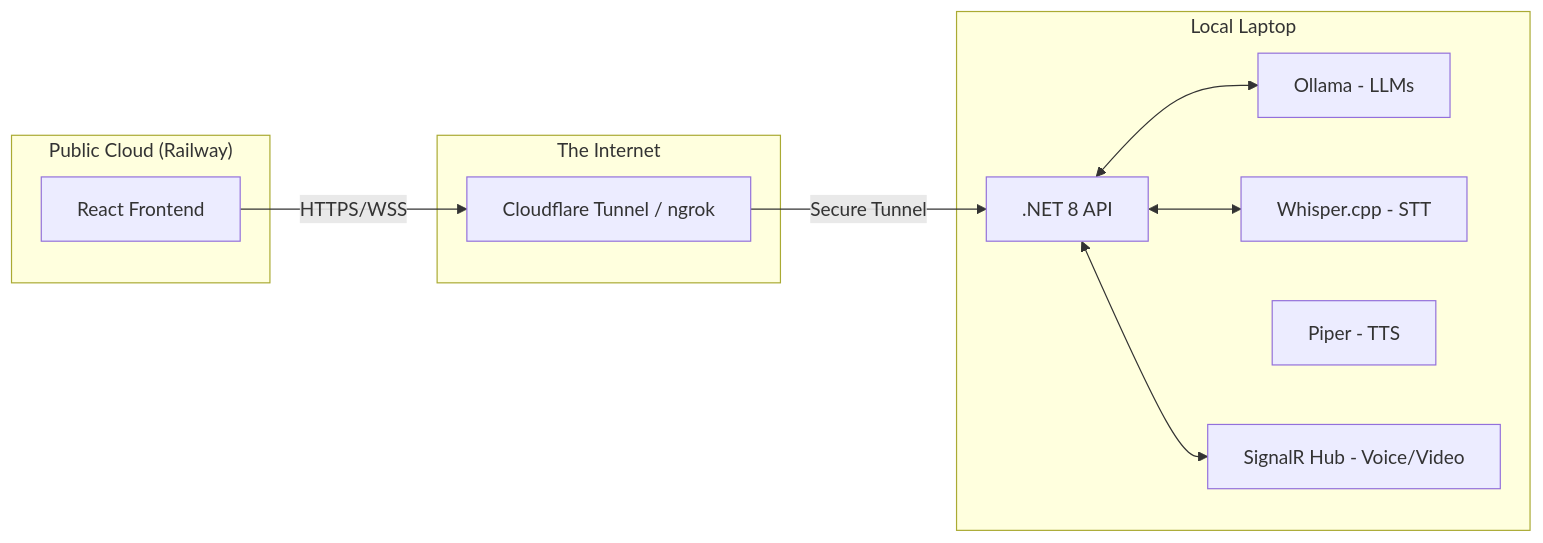
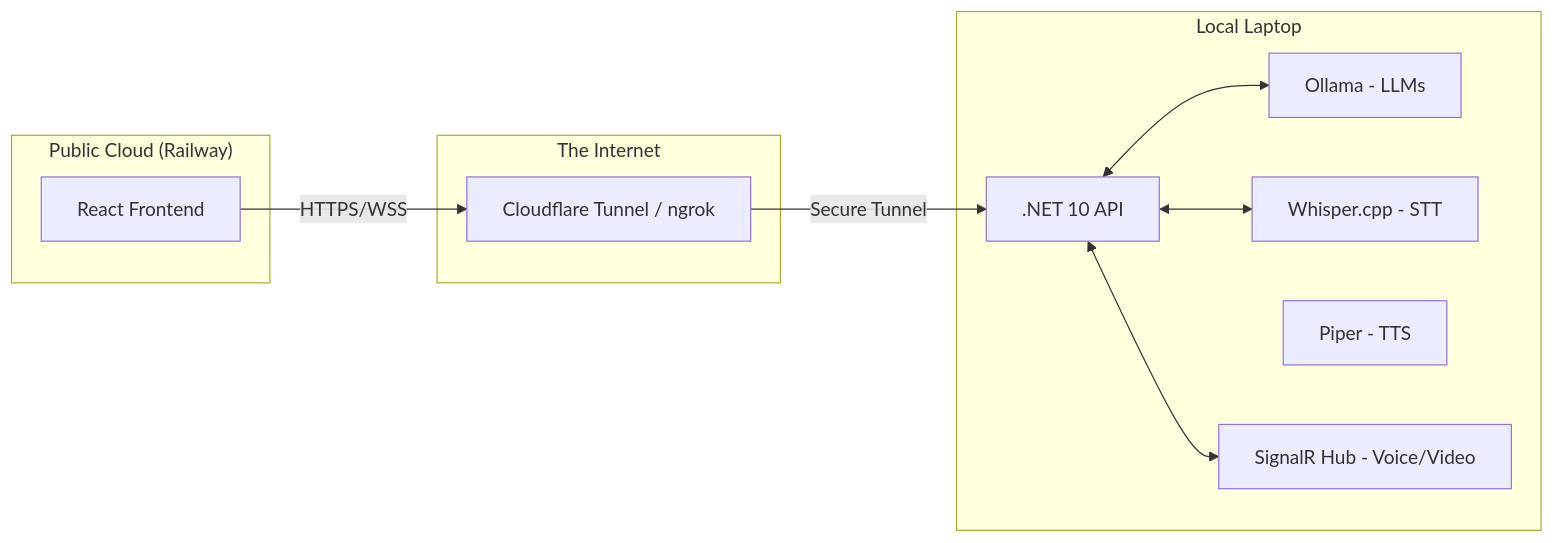
The diagram in docs/HYBRID_ARCHITECTURE.md (ekanatha-urivakili/EminentAiAgent), drawn with Mermaid before and after one commit. The commit also changed other lines of this file and 312 other files, not shown here.

````diff
--- a/docs/HYBRID_ARCHITECTURE.md
+++ b/docs/HYBRID_ARCHITECTURE.md
@@ -9,24 +9,24 @@
 ```mermaid
 graph LR
     subgraph "Public Cloud (Railway)"
         FE[React Frontend]
     end
 
     subgraph "The Internet"
         CF[Cloudflare Tunnel / ngrok]
     end
 
     subgraph "Local Laptop"
-        BE[.NET 8 API]
+    BE[.NET 10 API]
         Ollama[Ollama - LLMs]
         Whisper[Whisper.cpp - STT]
         Piper[Piper - TTS]
         SignalR[SignalR Hub - Voice/Video]
     end
 
     FE -- "HTTPS/WSS" --> CF
     CF -- "Secure Tunnel" --> BE
     BE <--> Ollama
     BE <--> Whisper
     BE <--> SignalR
 ```
````
